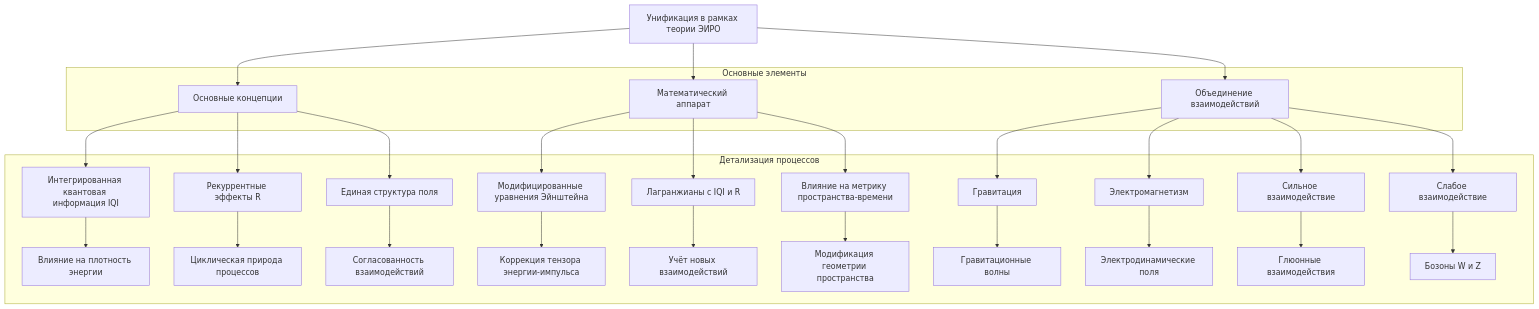
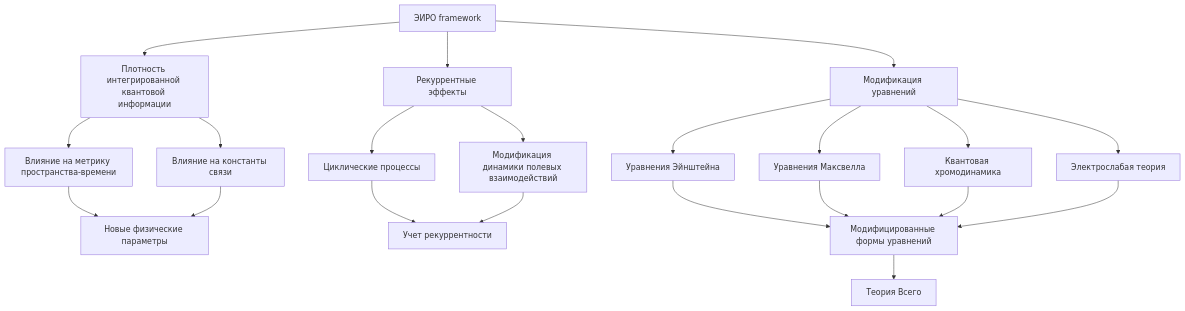
Before and after one commit to commeta/consciousness: the ninth of 28 diagrams in The-Theory-of-Everything.md, drawn with Mermaid. The commit also changed other lines of this file, not shown here.

````diff
--- a/The-Theory-of-Everything.md
+++ b/The-Theory-of-Everything.md
@@ -285,62 +267,28 @@
 ```mermaid
-graph TB
-    A[Унификация в рамках теории ЭИРО]
-    A --> B[Основные концепции]
-    A --> C[Математический аппарат]
-    A --> D[Объединение взаимодействий]
-
-    B --> E[Интегрированная квантовая информация IQI]
-    B --> F[Рекуррентные эффекты R]
-    B --> G[Единая структура поля]
-
-    C --> H[Модифицированные уравнения Эйнштейна]
-    C --> I[Лагранжианы с IQI и R]
-    C --> J[Влияние на метрику пространства-времени]
-
-    D --> K[Гравитация]
-    D --> L[Электромагнетизм]
-    D --> M[Сильное взаимодействие]
-    D --> N[Слабое взаимодействие]
-
-    E --> O[Влияние на плотность энергии]
-    F --> P[Циклическая природа процессов]
-    G --> Q[Согласованность взаимодействий]
-
-    H --> R[Коррекция тензора энергии-импульса]
-    I --> S[Учёт новых взаимодействий]
-    J --> T[Модификация геометрии пространства]
-
-    K --> U[Гравитационные волны]
-    L --> V[Электродинамические поля]
-    M --> W[Глюонные взаимодействия]
-    N --> X[Бозоны W и Z]
-
-    subgraph Основные элементы
-        B
-        C
-        D
-    end
-
-    subgraph Детализация процессов
-        E
-        F
-        G
-        H
-        I
-        J
-        K
-        L
-        M
-        N
-        O
-        P
-        Q
-        R
-        S
-        T
-        U
-        V
-        W
-        X
-    end
+graph TD
+    A[ЭИРО framework] --> B[Плотность интегрированной квантовой информации]
+    A --> C[Рекуррентные эффекты]
+    A --> D[Модификация уравнений]
+    
+    B --> E[Влияние на метрику пространства-времени]
+    B --> F[Влияние на константы связи]
+    
+    C --> G[Циклические процессы]
+    C --> H[Модификация динамики полевых взаимодействий]
+    
+    D --> I[Уравнения Эйнштейна]
+    D --> J[Уравнения Максвелла]
+    D --> K[Квантовая хромодинамика]
+    D --> L[Электрослабая теория]
+    
+    E --> M[Новые физические параметры]
+    F --> M
+    G --> N[Учет рекуррентности]
+    H --> N
+    I --> O[Модифицированные формы уравнений]
+    J --> O
+    K --> O
+    L --> O
+    
+    O --> P[Теория Всего]
 ```
````
